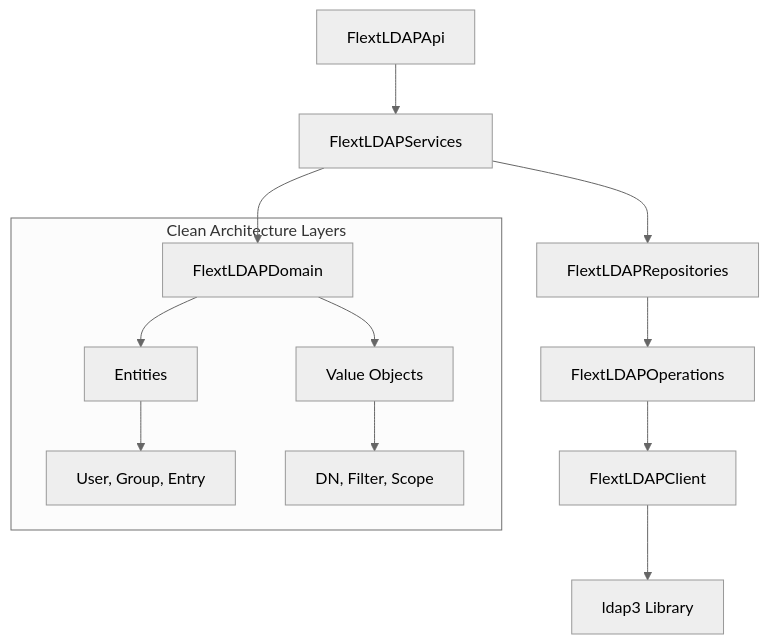
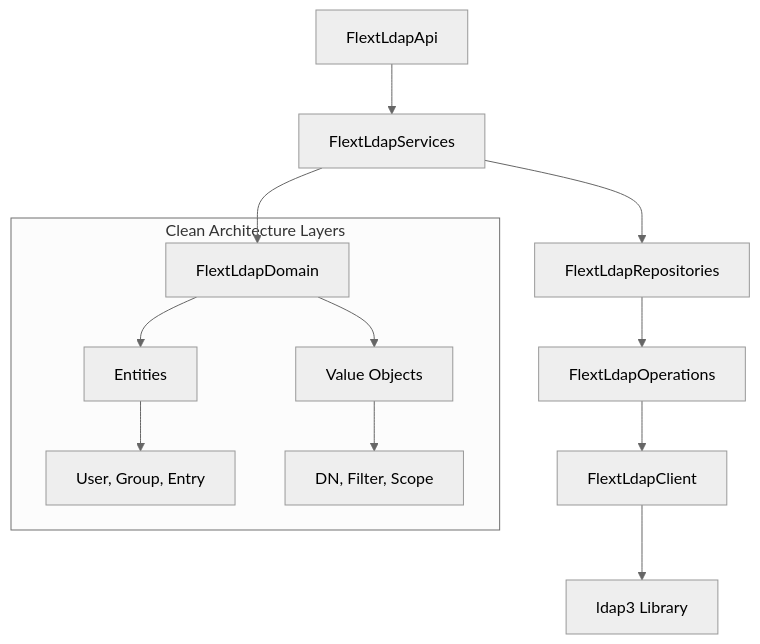
The diagram in README.md (flext-sh/flext-ldap), drawn with Mermaid (neutral theme) before and after one commit. The commit also changed other lines of this file and 79 other files, not shown here.

````diff
--- a/README.md
+++ b/README.md
@@ -46,16 +46,16 @@
 ```mermaid
 graph TB
-    A[FlextLDAPApi] --> B[FlextLDAPServices]
-    B --> C[FlextLDAPDomain]
-    B --> D[FlextLDAPRepositories]
-    D --> E[FlextLDAPOperations]
-    E --> F[FlextLDAPClient]
+    A[FlextLdapApi] --> B[FlextLdapServices]
+    B --> C[FlextLdapDomain]
+    B --> D[FlextLdapRepositories]
+    D --> E[FlextLdapOperations]
+    E --> F[FlextLdapClient]
     F --> G[ldap3 Library]
 
     subgraph "Clean Architecture Layers"
         C --> H[Entities]
         C --> I[Value Objects]
         H --> J[User, Group, Entry]
         I --> K[DN, Filter, Scope]
     end
 ```
````
